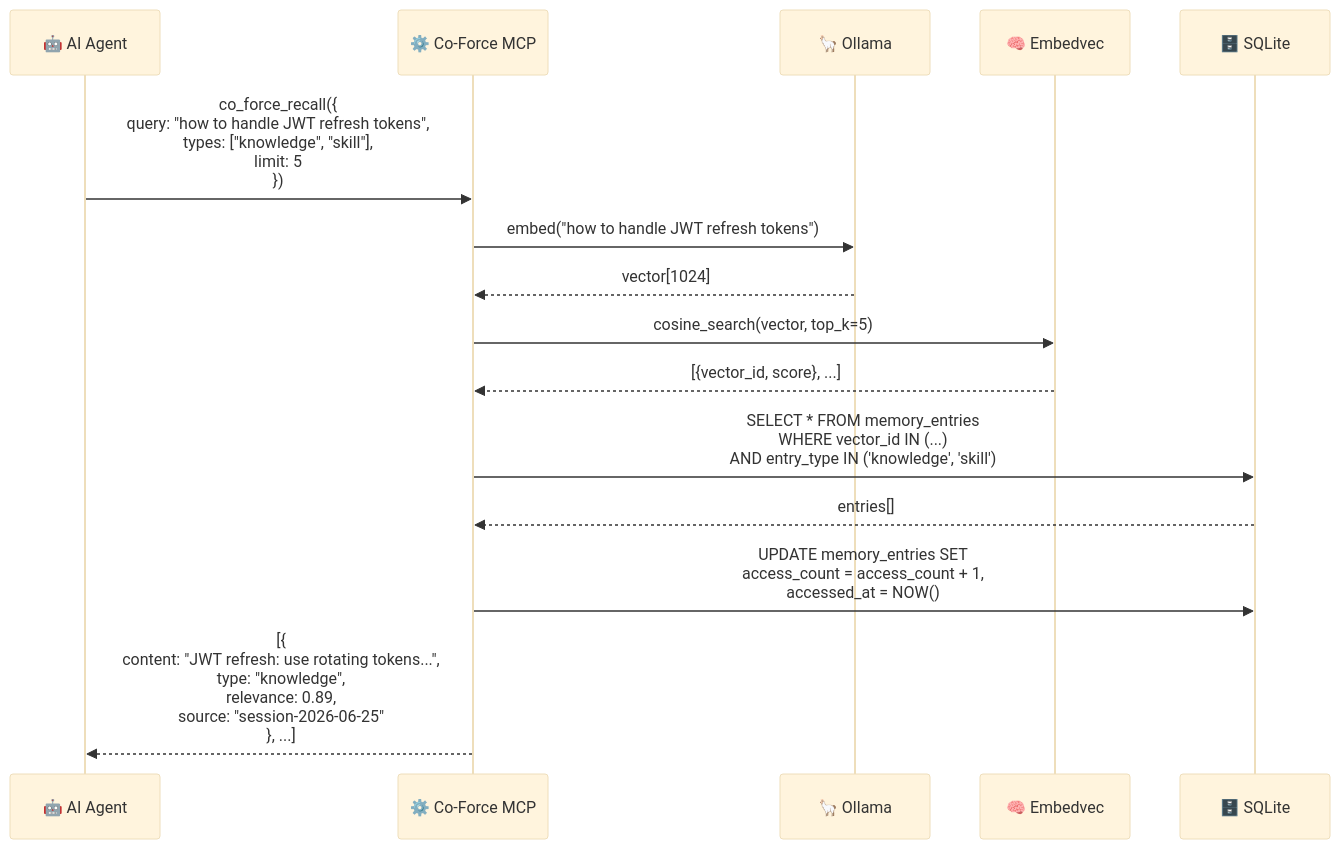
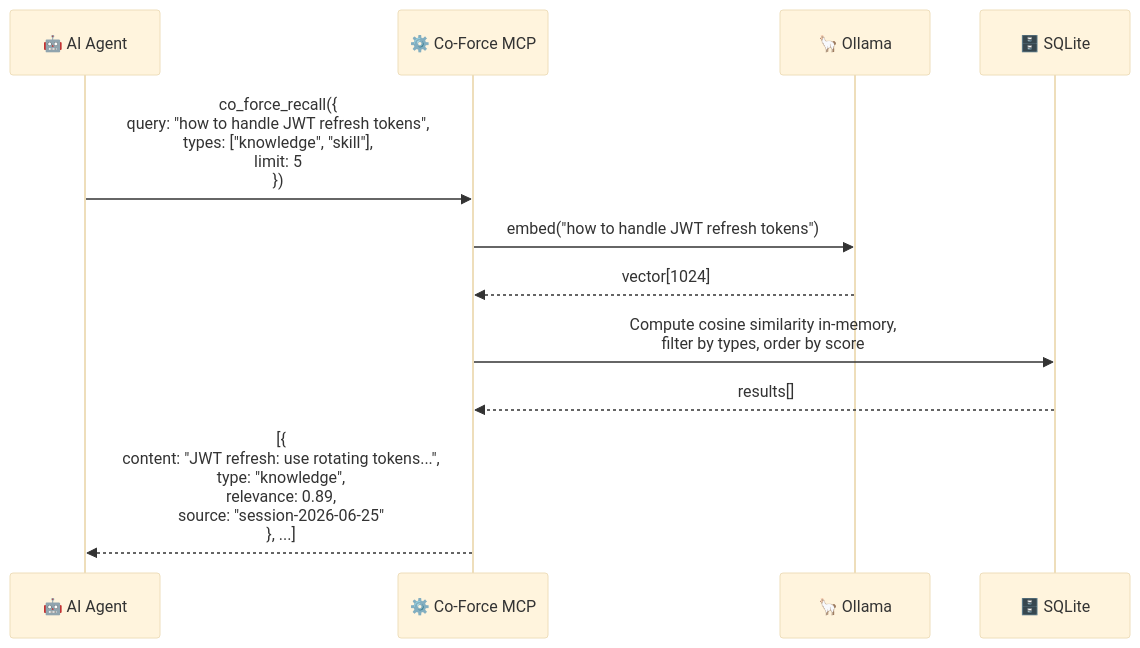
Diagram 15 of 29 in docs/URD.md (hiimtrung/co-force), drawn with Mermaid (base theme) before and after one commit. The commit also changed other lines of this file and 17 other files, not shown here.

````diff
--- a/docs/URD.md
+++ b/docs/URD.md
@@ -985,23 +899,17 @@
 ```mermaid
 sequenceDiagram
     participant Agent as 🤖 AI Agent
     participant MCP as ⚙️ Co-Force MCP
     participant Ollama as 🦙 Ollama
-    participant Vec as 🧠 Embedvec
     participant DB as 🗄️ SQLite
 
     Agent->>MCP: co_force_recall({<br/>  query: "how to handle JWT refresh tokens",<br/>  types: ["knowledge", "skill"],<br/>  limit: 5<br/>})
 
     MCP->>Ollama: embed("how to handle JWT refresh tokens")
     Ollama-->>MCP: vector[1024]
 
-    MCP->>Vec: cosine_search(vector, top_k=5)
-    Vec-->>MCP: [{vector_id, score}, ...]
-
-    MCP->>DB: SELECT * FROM memory_entries<br/>WHERE vector_id IN (...)<br/>AND entry_type IN ('knowledge', 'skill')
-    DB-->>MCP: entries[]
-
-    MCP->>DB: UPDATE memory_entries SET<br/>access_count = access_count + 1,<br/>accessed_at = NOW()
+    MCP->>DB: Compute cosine similarity in-memory,<br/>filter by types, order by score
+    DB-->>MCP: results[]
 
     MCP-->>Agent: [{<br/>  content: "JWT refresh: use rotating tokens...",<br/>  type: "knowledge",<br/>  relevance: 0.89,<br/>  source: "session-2026-06-25"<br/>}, ...]
 ```
````
